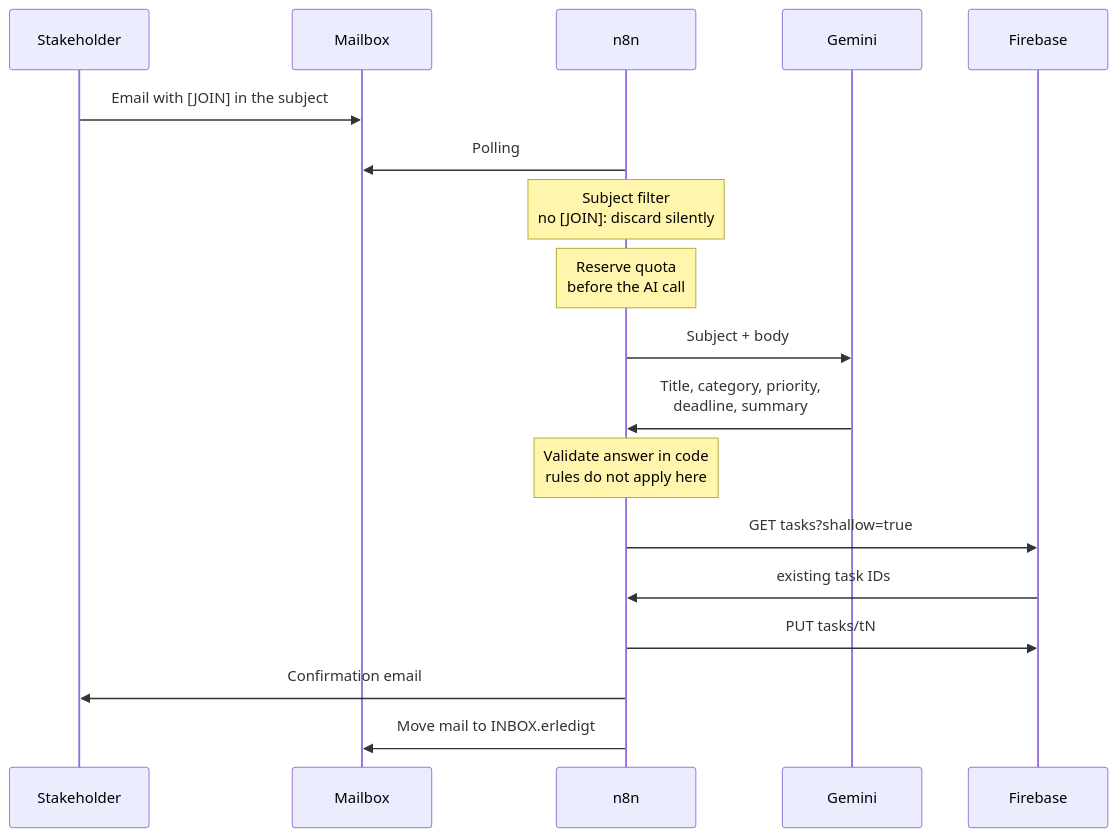
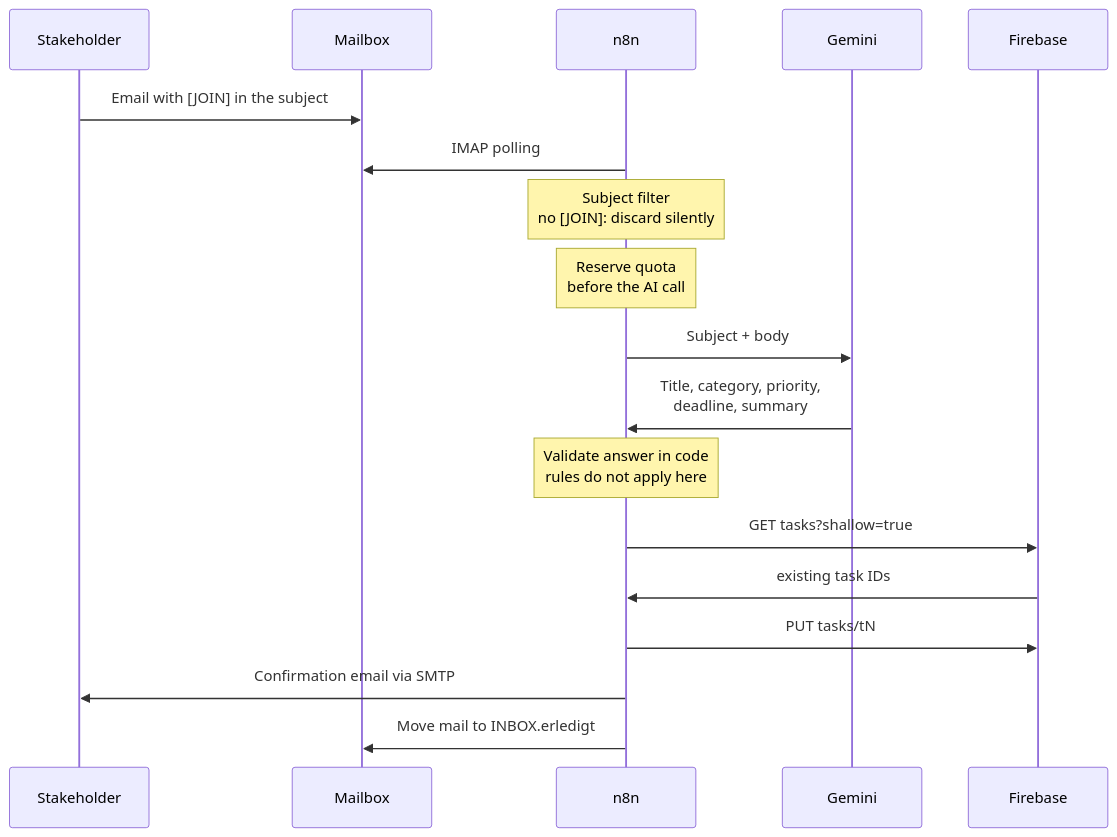
Before and after one commit to ttoebbe/039_JoinIssueCollector: the second of 2 diagrams in README.md, drawn with Mermaid. The commit also changed other lines of this file and 3 other files, not shown here.

````diff
--- a/README.md
+++ b/README.md
@@ -110,21 +117,21 @@
 ```mermaid
 sequenceDiagram
     participant S as Stakeholder
     participant M as Mailbox
     participant N as n8n
     participant G as Gemini
     participant F as Firebase
 
     S->>M: Email with [JOIN] in the subject
-    N->>M: Polling
+    N->>M: IMAP polling
     Note over N: Subject filter<br/>no [JOIN]: discard silently
     Note over N: Reserve quota<br/>before the AI call
     N->>G: Subject + body
     G->>N: Title, category, priority,<br/>deadline, summary
     Note over N: Validate answer in code<br/>rules do not apply here
     N->>F: GET tasks?shallow=true
     F->>N: existing task IDs
     N->>F: PUT tasks/tN
-    N->>S: Confirmation email
+    N->>S: Confirmation email via SMTP
     N->>M: Move mail to INBOX.erledigt
 ```
````
